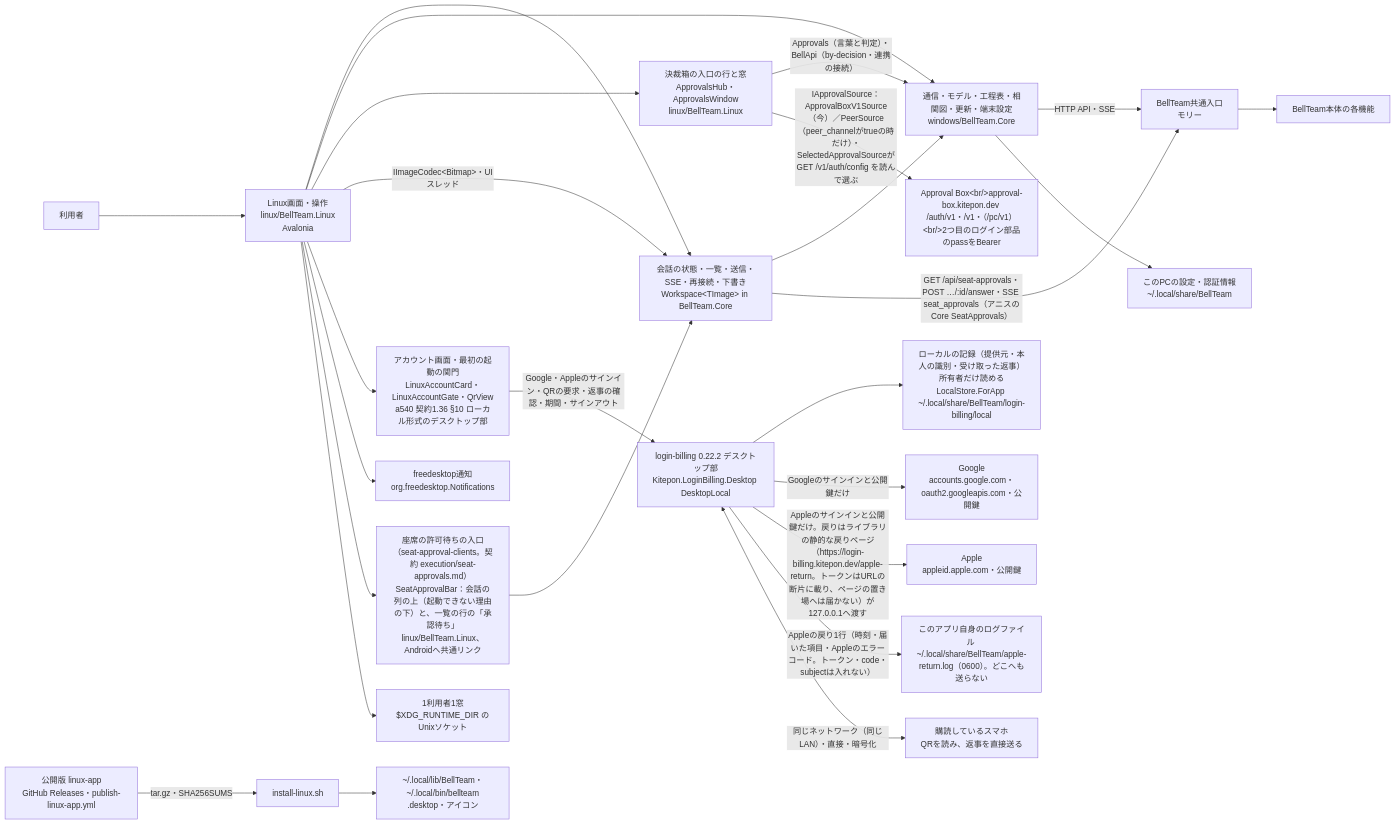
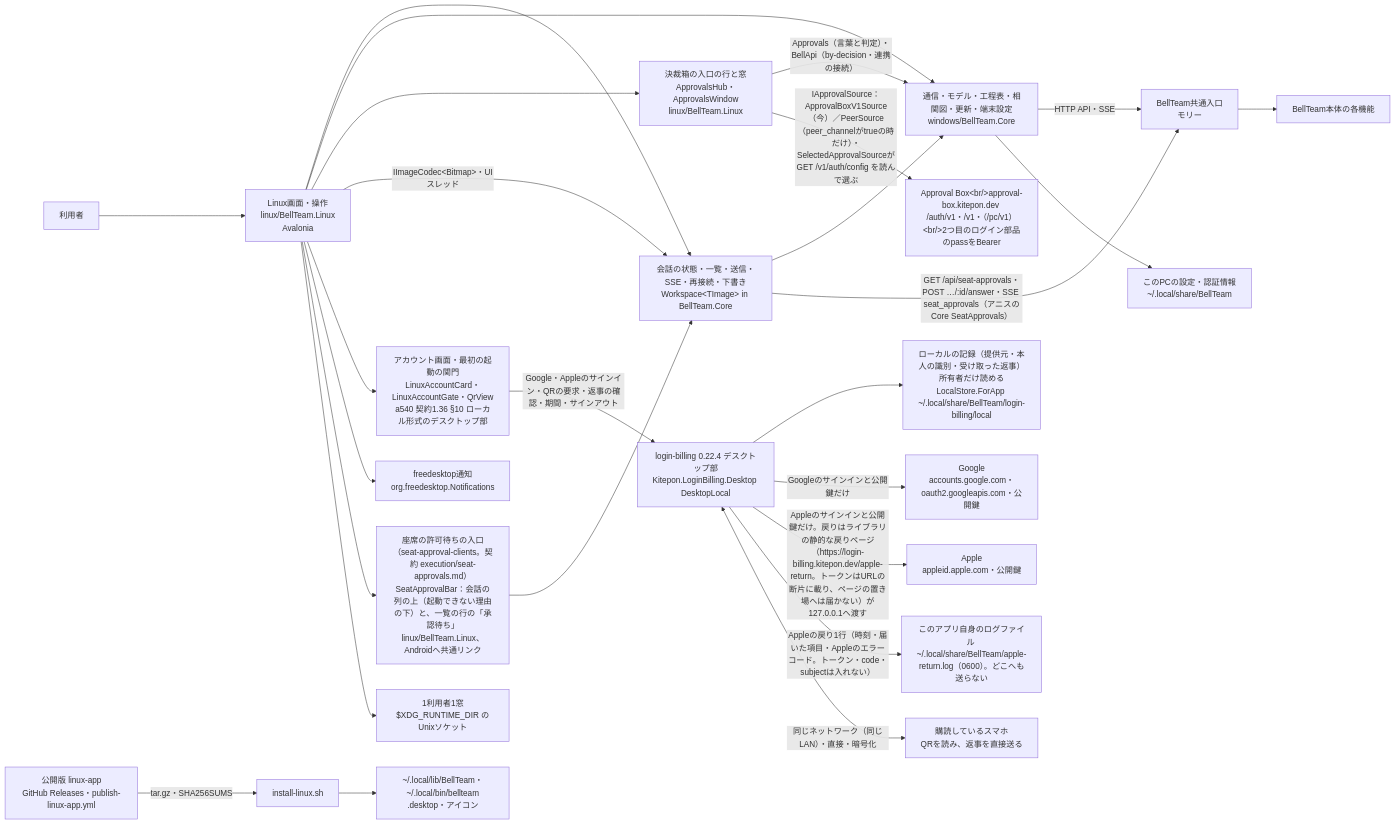
The first of 3 diagrams in docs/linux-architecture.md (kitepon/BellTeam), drawn with Mermaid before and after one commit. The commit also changed other lines of this file and 7 other files, not shown here.

Commit message:
login-billing 0.22.4 pins; the app matches no QR or join-link text itself (IsLibraryQR in the scanner and in JoinLink)

````diff
--- a/docs/linux-architecture.md
+++ b/docs/linux-architecture.md
@@ -9,28 +9,28 @@
 ```mermaid
 flowchart LR
   user[利用者] --> ui[Linux画面・操作<br/>linux/BellTeam.Linux<br/>Avalonia]
   ui --> ws[会話の状態・一覧・送信・SSE・再接続・下書き<br/>Workspace&lt;TImage&gt; in BellTeam.Core]
   ui --> core[通信・モデル・工程表・相関図・更新・端末設定<br/>windows/BellTeam.Core]
   ui --> abx[決裁箱の入口の行と窓<br/>ApprovalsHub・ApprovalsWindow<br/>linux/BellTeam.Linux]
   abx -->|Approvals（言葉と判定）・BellApi（by-decision・連携の接続）| core
   abx -->|IApprovalSource：ApprovalBoxV1Source（今）／PeerSource（peer_channelがtrueの時だけ）・SelectedApprovalSourceがGET /v1/auth/config を読んで選ぶ| abxsrv[Approval Box&lt;br/&gt;approval-box.kitepon.dev /auth/v1・/v1・（/pc/v1）&lt;br/&gt;2つ目のログイン部品のpassをBearer]
   ws --> core
   ui -->|IImageCodec&lt;Bitmap&gt;・UIスレッド| ws
   core -->|HTTP API・SSE| integration[BellTeam共通入口<br/>モリー]
   core --> local[このPCの設定・認証情報<br/>~/.local/share/BellTeam]
   ui --> account[アカウント画面・最初の起動の関門<br/>LinuxAccountCard・LinuxAccountGate・QrView<br/>a540 契約1.36 §10 ローカル形式のデスクトップ部]
-  account -->|Google・Appleのサインイン・QRの要求・返事の確認・期間・サインアウト| lib[login-billing 0.22.2 デスクトップ部<br/>Kitepon.LoginBilling.Desktop DesktopLocal]
+  account -->|Google・Appleのサインイン・QRの要求・返事の確認・期間・サインアウト| lib[login-billing 0.22.4 デスクトップ部<br/>Kitepon.LoginBilling.Desktop DesktopLocal]
   lib --> pass[ローカルの記録（提供元・本人の識別・受け取った返事）所有者だけ読める<br/>LocalStore.ForApp ~/.local/share/BellTeam/login-billing/local]
   lib -->|Googleのサインインと公開鍵だけ| google[Google<br/>accounts.google.com・oauth2.googleapis.com・公開鍵]
   lib -->|Appleのサインインと公開鍵だけ。戻りはライブラリの静的な戻りページ（https://login-billing.kitepon.dev/apple-return。トークンはURLの断片に載り、ページの置き場へは届かない）が127.0.0.1へ渡す| apple[Apple<br/>appleid.apple.com・公開鍵]
   lib -->|Appleの戻り1行（時刻・届いた項目・Appleのエラーコード。トークン・code・subjectは入れない）| devlog[このアプリ自身のログファイル ~/.local/share/BellTeam/apple-return.log（0600）。どこへも送らない]
   lib <-->|同じネットワーク（同じLAN）・直接・暗号化| phone[購読しているスマホ<br/>QRを読み、返事を直接送る]
   ui --> notify[freedesktop通知<br/>org.freedesktop.Notifications]
   ui --> seat[座席の許可待ちの入口（seat-approval-clients。契約 execution/seat-approvals.md）<br/>SeatApprovalBar：会話の列の上（起動できない理由の下）と、一覧の行の「承認待ち」<br/>linux/BellTeam.Linux、Androidへ共通リンク]
   seat --> ws
   ws -->|"GET /api/seat-approvals・POST …/:id/answer・SSE seat_approvals（アニスのCore SeatApprovals）"| integration
   ui --> single[1利用者1窓<br/>$XDG_RUNTIME_DIR のUnixソケット]
   release[公開版 linux-app<br/>GitHub Releases・publish-linux-app.yml] -->|tar.gz・SHA256SUMS| install[install-linux.sh]
   install --> files[~/.local/lib/BellTeam・~/.local/bin/bellteam<br/>.desktop・アイコン]
   integration --> server[BellTeam本体の各機能]
 ```
````
